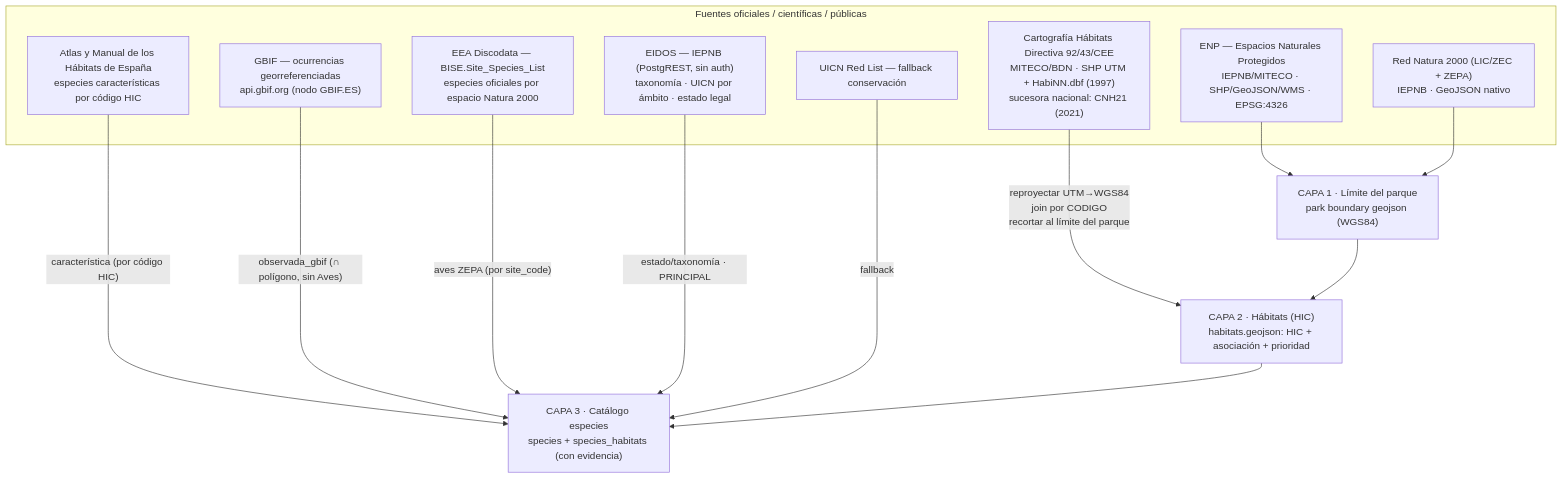
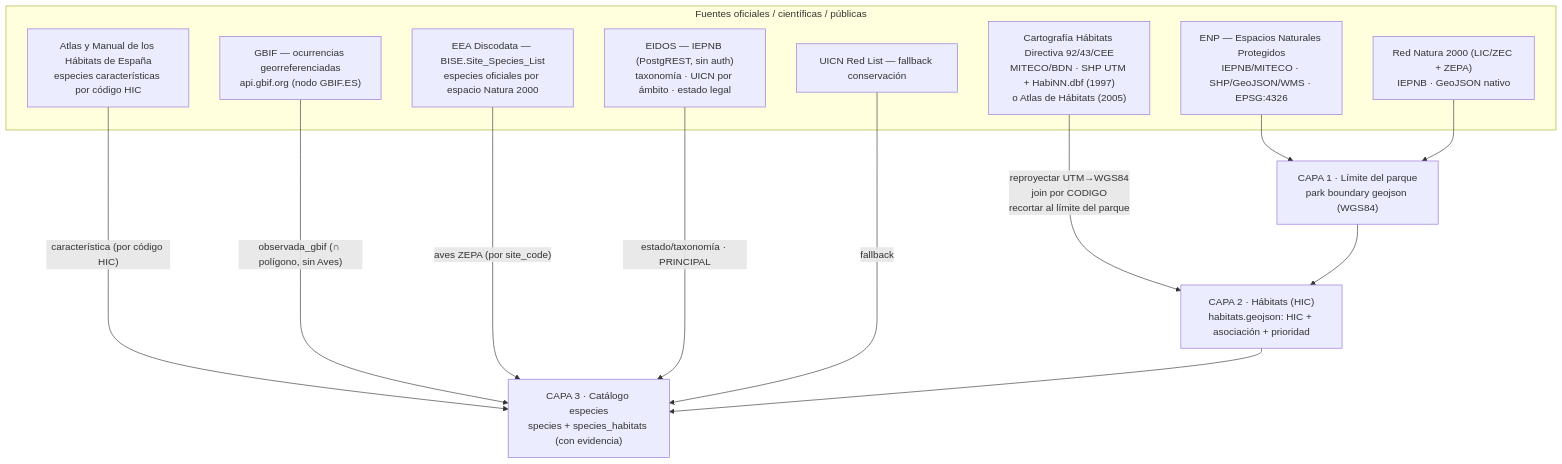
Before and after one commit to DamiNL94/NaturDex: the diagram in Tools/catalogo-nacional/README.md, drawn with Mermaid. The commit also changed other lines of this file and 4 other files, not shown here.

````diff
--- a/Tools/catalogo-nacional/README.md
+++ b/Tools/catalogo-nacional/README.md
@@ -32,28 +26,28 @@
 ```mermaid
 flowchart TD
   subgraph FUENTES["Fuentes oficiales / científicas / públicas"]
     ENP["ENP — Espacios Naturales Protegidos<br/>IEPNB/MITECO · SHP/GeoJSON/WMS · EPSG:4326"]
     N2K["Red Natura 2000 (LIC/ZEC + ZEPA)<br/>IEPNB · GeoJSON nativo"]
-    HIC["Cartografía Hábitats Directiva 92/43/CEE<br/>MITECO/BDN · SHP UTM + HabiNN.dbf (1997)<br/>sucesora nacional: CNH21 (2021)"]
+    HIC["Cartografía Hábitats Directiva 92/43/CEE<br/>MITECO/BDN · SHP UTM + HabiNN.dbf (1997)<br/>o Atlas de Hábitats (2005)"]
     EIDOS["EIDOS — IEPNB (PostgREST, sin auth)<br/>taxonomía · UICN por ámbito · estado legal"]
     UICN["UICN Red List — fallback conservación"]
     GBIF["GBIF — ocurrencias georreferenciadas<br/>api.gbif.org (nodo GBIF.ES)"]
     BISE["EEA Discodata — BISE.Site_Species_List<br/>especies oficiales por espacio Natura 2000"]
     ATLAS["Atlas y Manual de los Hábitats de España<br/>especies características por código HIC"]
   end
 
   P["CAPA 1 · Límite del parque<br/>park boundary geojson (WGS84)"]
   H["CAPA 2 · Hábitats (HIC)<br/>habitats.geojson: HIC + asociación + prioridad"]
   S["CAPA 3 · Catálogo especies<br/>species + species_habitats (con evidencia)"]
 
   ENP --> P
   N2K --> P
   HIC -->|"reproyectar UTM→WGS84<br/>join por CODIGO<br/>recortar al límite del parque"| H
   P --> H
   ATLAS -->|"característica (por código HIC)"| S
   GBIF -->|"observada_gbif (∩ polígono, sin Aves)"| S
   BISE -->|"aves ZEPA (por site_code)"| S
   EIDOS -->|"estado/taxonomía · PRINCIPAL"| S
   UICN -->|"fallback"| S
   H --> S
 ```
````
